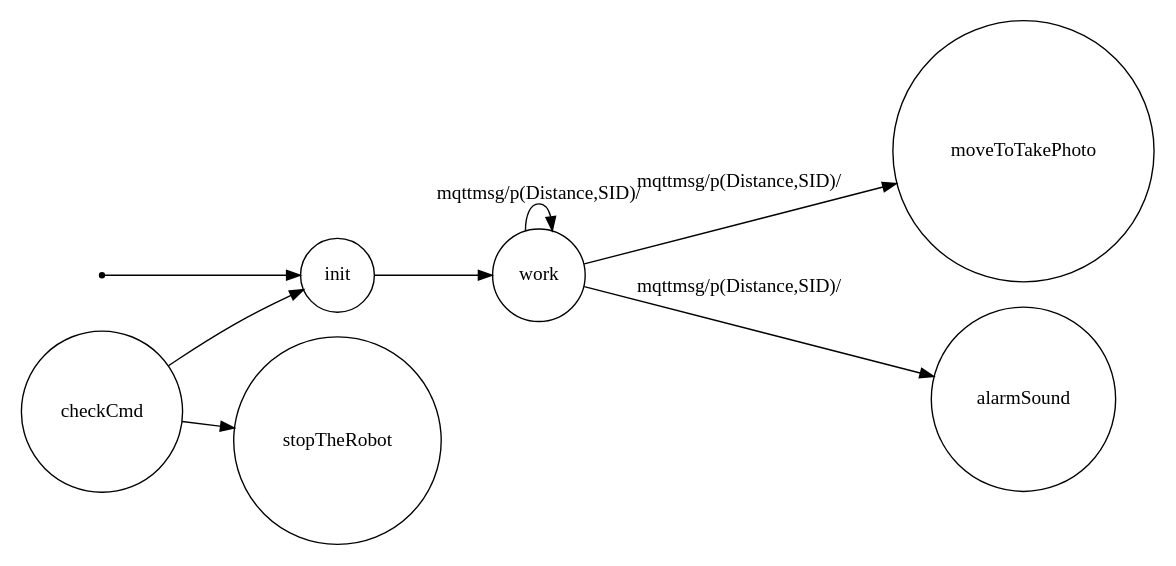
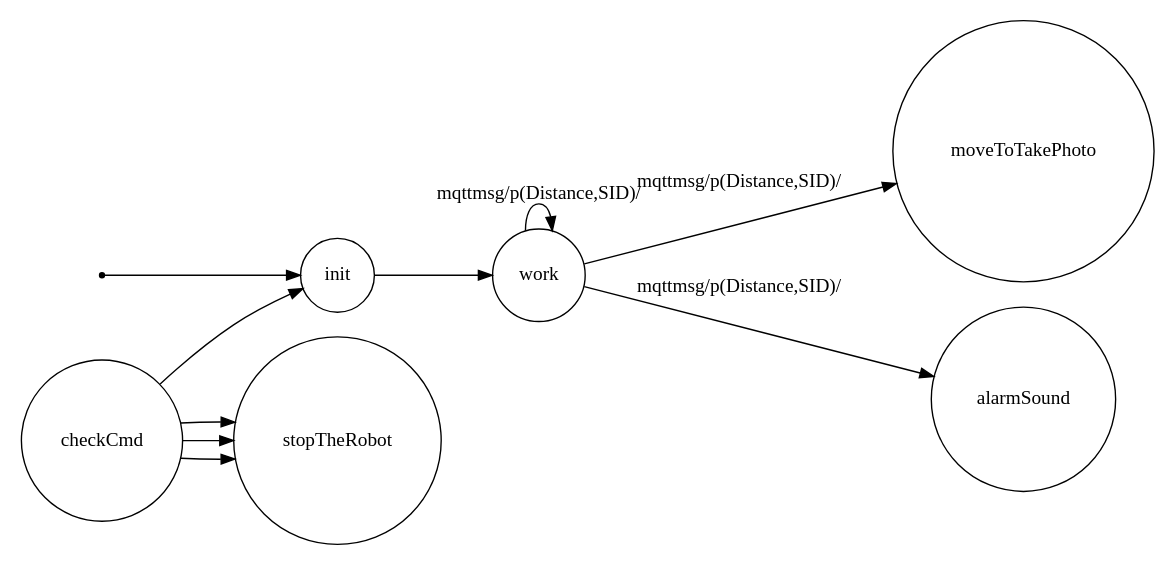
The diagram in srcMore/it/unibo/controller/dotFsm.gv (Diantha/TemaFinaleISS), drawn with Graphviz before and after one commit. The commit also changed 3 other files, not shown here.

```diff
--- a/srcMore/it/unibo/controller/dotFsm.gv
+++ b/srcMore/it/unibo/controller/dotFsm.gv
@@ -1,27 +1,29 @@
 /*
 *
 * A GraphViz DOT FSM description 
 * Please use a GraphViz visualizer (like http://www.webgraphviz.com)
 * 
 * Generated by AM,NC,RM
 *  
 */
  
 digraph finite_state_machine {
   	rankdir=LR;
   	size="8,5"
   	node [shape = point]; iniziale;
   	node [shape = doublecircle]; 
   	node [shape = circle];
   	iniziale -> init [label = ""];
   	
   	
   	init -> work [ label = ""];
   	
   	work -> moveToTakePhoto [ label = "mqttmsg/p(Distance,SID)/"];
   	work -> alarmSound [ label = "mqttmsg/p(Distance,SID)/"];
   	work -> work [ label = "mqttmsg/p(Distance,SID)/"];
   	
+  	checkCmd -> stopTheRobot [ label = ""];
+  	checkCmd -> stopTheRobot [ label = ""];
   	checkCmd -> init [ label = ""];
   	checkCmd -> stopTheRobot [ label = ""];
 }
```
